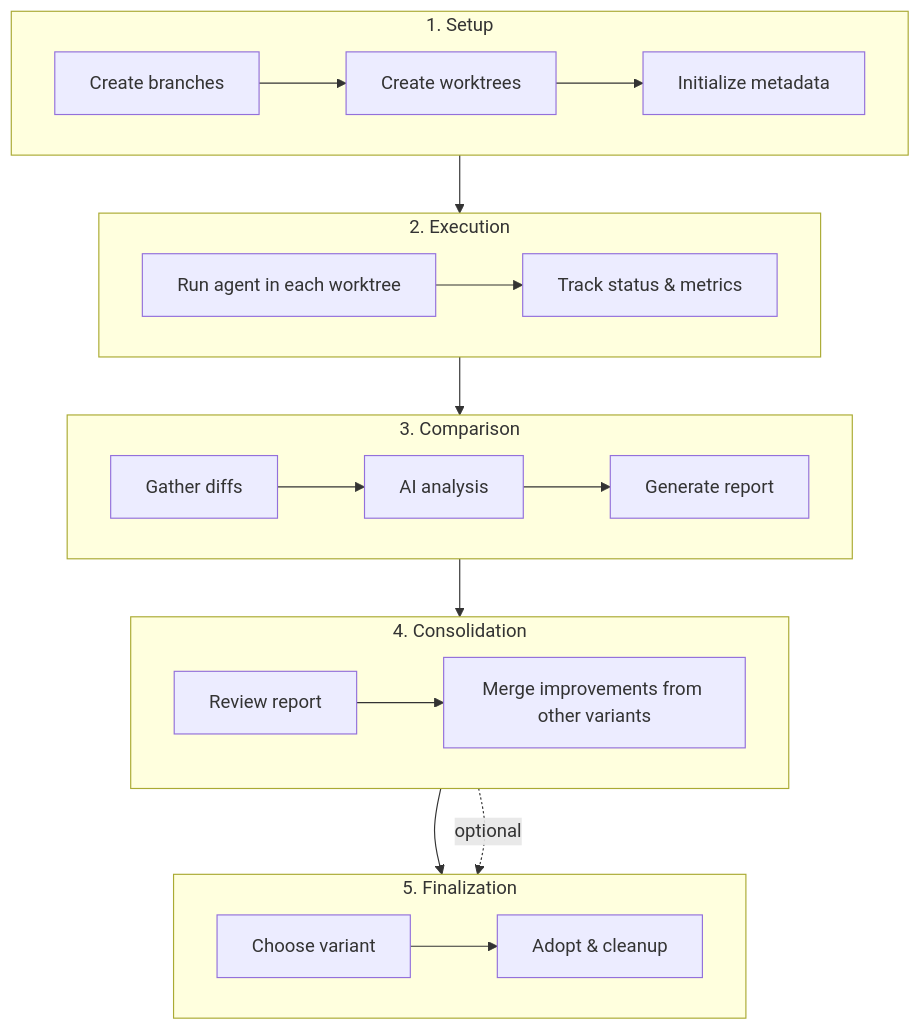
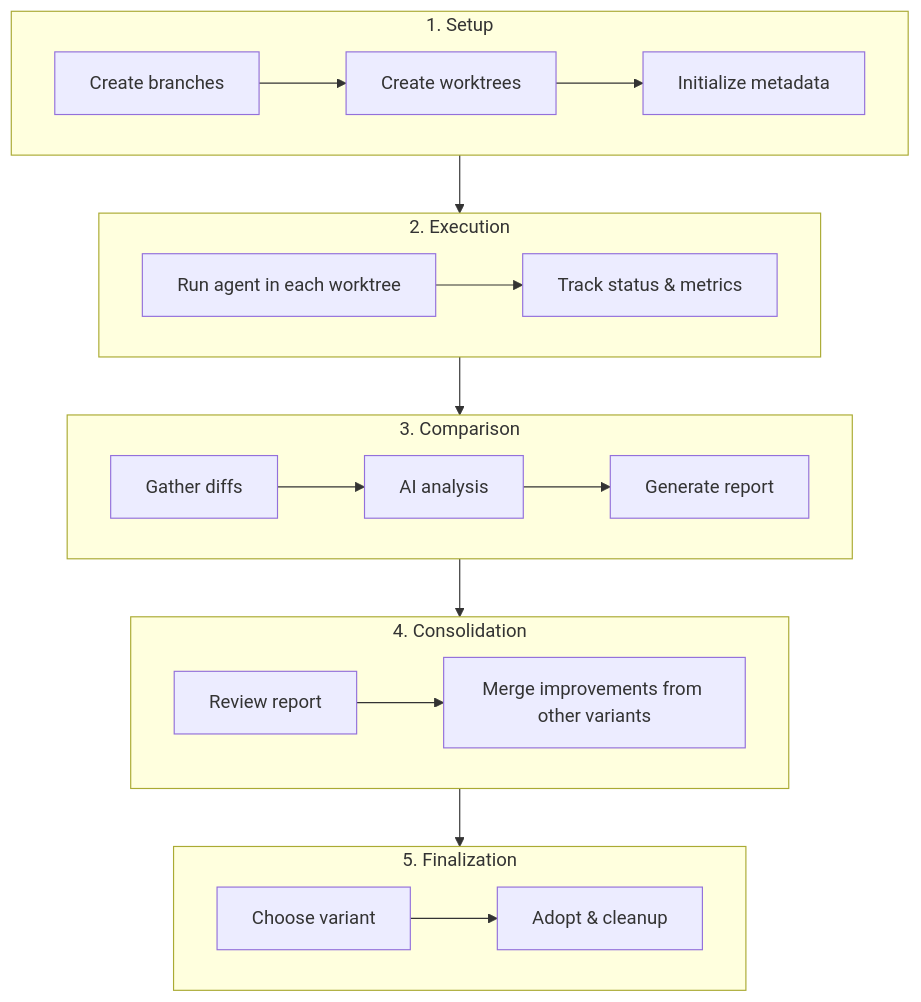
Before and after one commit to ArjenSchwarz/orbit: the second of 8 diagrams in README.md, drawn with Mermaid.

Commit message:
docs: Remove confusing optional dotted line from workflow diagram

````diff
--- a/README.md
+++ b/README.md
@@ -334,30 +334,29 @@
 ```mermaid
 flowchart TB
     subgraph Phase1[1. Setup]
         direction LR
         A1[Create branches] --> A2[Create worktrees] --> A3[Initialize metadata]
     end
 
     subgraph Phase2[2. Execution]
         direction LR
         B1[Run agent in each worktree] --> B2[Track status & metrics]
     end
 
     subgraph Phase3[3. Comparison]
         direction LR
         C1[Gather diffs] --> C2[AI analysis] --> C3[Generate report]
     end
 
     subgraph Phase4[4. Consolidation]
         direction LR
         D1[Review report] --> D2[Merge improvements from other variants]
     end
 
     subgraph Phase5[5. Finalization]
         direction LR
         E1[Choose variant] --> E2[Adopt & cleanup]
     end
 
     Phase1 --> Phase2 --> Phase3 --> Phase4 --> Phase5
-    Phase4 -.->|optional| Phase5
 ```
````
